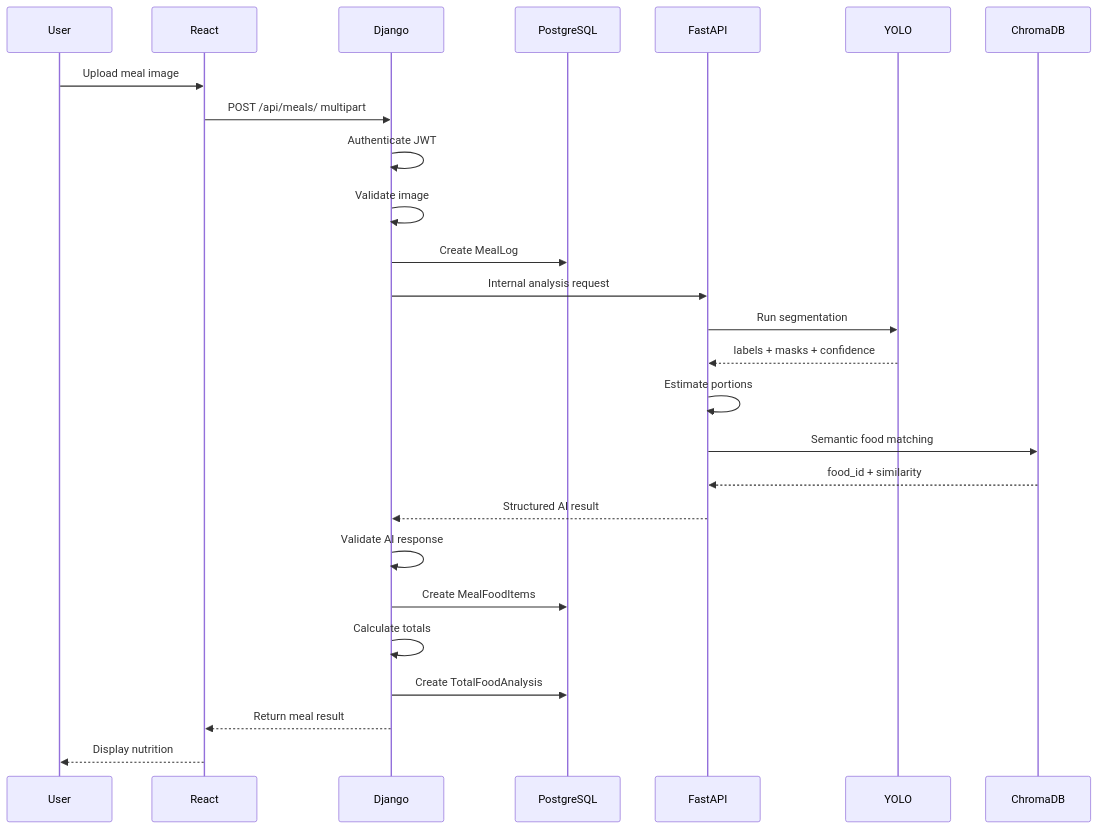
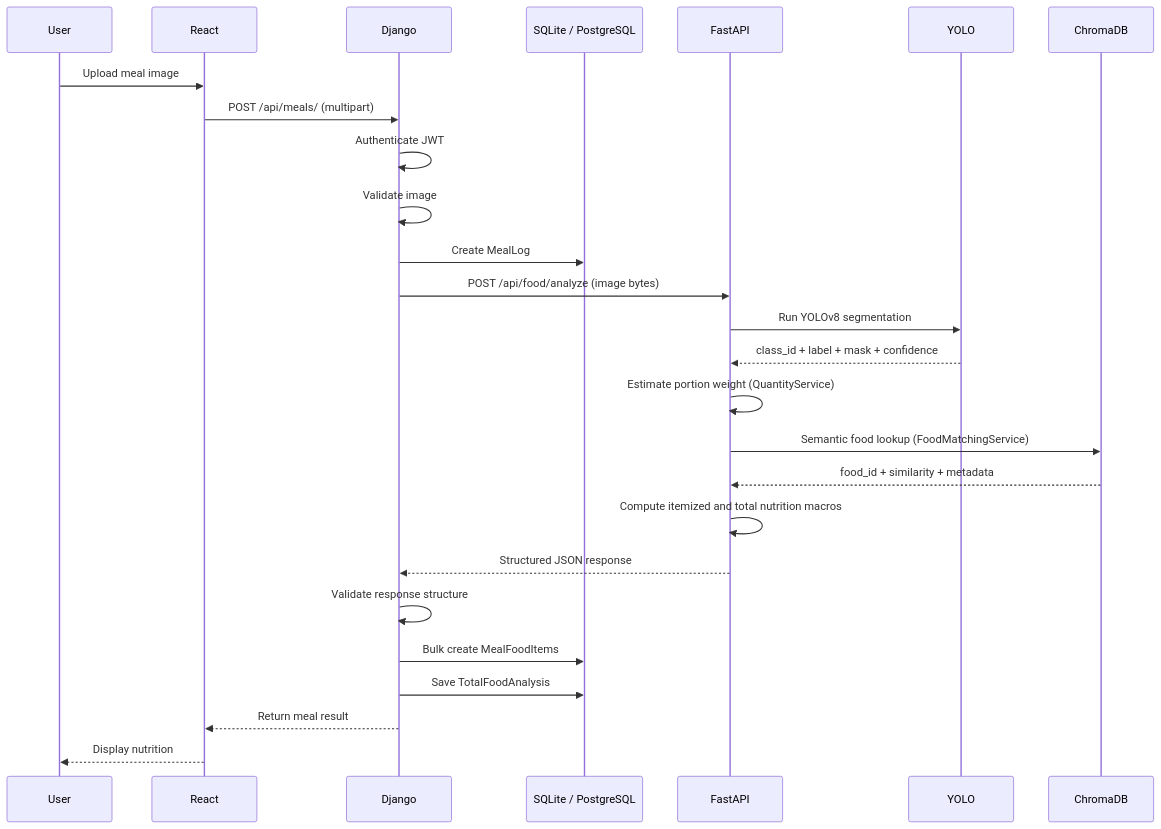
The sixth of 10 diagrams in docs/full_backend_system_blueprint.md (HimalBhandari05/Nepali-Diet-Advisory-System), drawn with Mermaid before and after one commit. The commit also changed other lines of this file and 2 other files, not shown here.

Commit message:
docs: update system architecture blueprint and add service startup script

````diff
--- a/docs/full_backend_system_blueprint.md
+++ b/docs/full_backend_system_blueprint.md
@@ -1606,33 +1293,33 @@
 ``` mermaid
 sequenceDiagram
     participant U as User
     participant R as React
     participant D as Django
-    participant DB as PostgreSQL
+    participant DB as SQLite / PostgreSQL
     participant F as FastAPI
     participant Y as YOLO
     participant C as ChromaDB
 
     U->>R: Upload meal image
-    R->>D: POST /api/meals/ multipart
+    R->>D: POST /api/meals/ (multipart)
     D->>D: Authenticate JWT
     D->>D: Validate image
     D->>DB: Create MealLog
-    D->>F: Internal analysis request
+    D->>F: POST /api/food/analyze (image bytes)
 
-    F->>Y: Run segmentation
-    Y-->>F: labels + masks + confidence
+    F->>Y: Run YOLOv8 segmentation
+    Y-->>F: class_id + label + mask + confidence
 
-    F->>F: Estimate portions
-    F->>C: Semantic food matching
-    C-->>F: food_id + similarity
+    F->>F: Estimate portion weight (QuantityService)
+    F->>C: Semantic food lookup (FoodMatchingService)
+    C-->>F: food_id + similarity + metadata
 
-    F-->>D: Structured AI result
+    F->>F: Compute itemized and total nutrition macros
+    F-->>D: Structured JSON response
 
-    D->>D: Validate AI response
-    D->>DB: Create MealFoodItems
-    D->>D: Calculate totals
-    D->>DB: Create TotalFoodAnalysis
+    D->>D: Validate response structure
+    D->>DB: Bulk create MealFoodItems
+    D->>DB: Save TotalFoodAnalysis
     D-->>R: Return meal result
     R-->>U: Display nutrition
 ```
````
